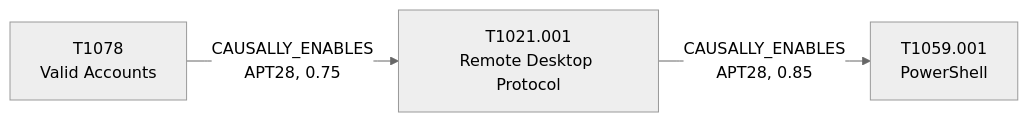
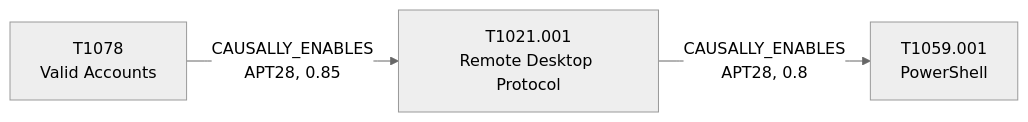
Before and after one commit to HungryBrain-bot/attackKnowledgeGraph: the diagram in docs/attack-patterns/T1021.001-remote-desktop-protocol.md, drawn with Mermaid (neutral theme). The commit also changed other lines of this file and 22 other files, not shown here.

````diff
--- a/docs/attack-patterns/T1021.001-remote-desktop-protocol.md
+++ b/docs/attack-patterns/T1021.001-remote-desktop-protocol.md
@@ -60,8 +68,8 @@
 ```mermaid
 flowchart LR
     T_T1021_001["T1021.001<br/>Remote Desktop Protocol"]
     T_T1059_001["T1059.001<br/>PowerShell"]
     T_T1078["T1078<br/>Valid Accounts"]
-    T_T1021_001 -->|"CAUSALLY_ENABLES<br/>APT28, 0.85"| T_T1059_001
-    T_T1078 -->|"CAUSALLY_ENABLES<br/>APT28, 0.75"| T_T1021_001
+    T_T1021_001 -->|"CAUSALLY_ENABLES<br/>APT28, 0.8"| T_T1059_001
+    T_T1078 -->|"CAUSALLY_ENABLES<br/>APT28, 0.85"| T_T1021_001
 ```
````
